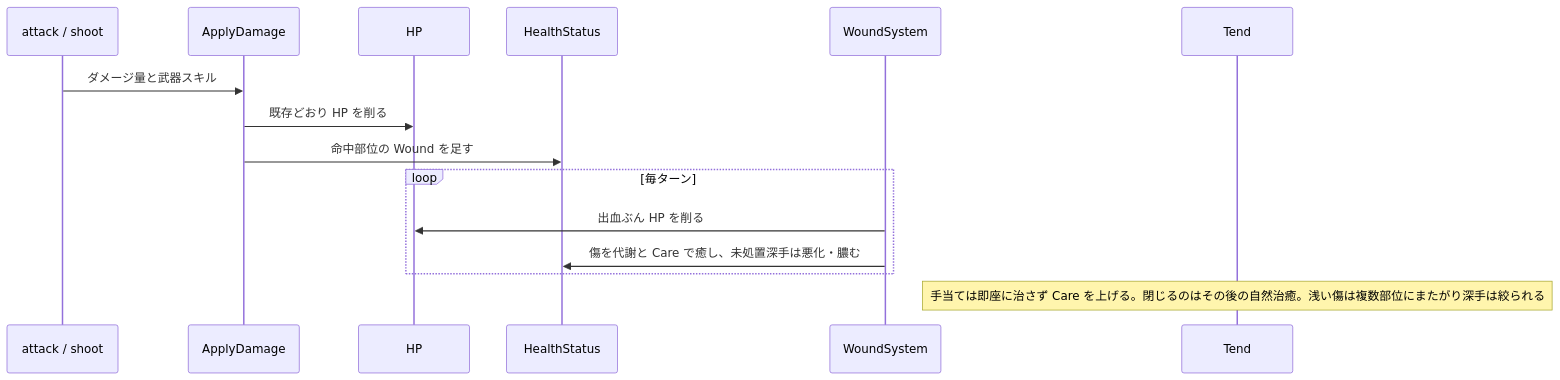
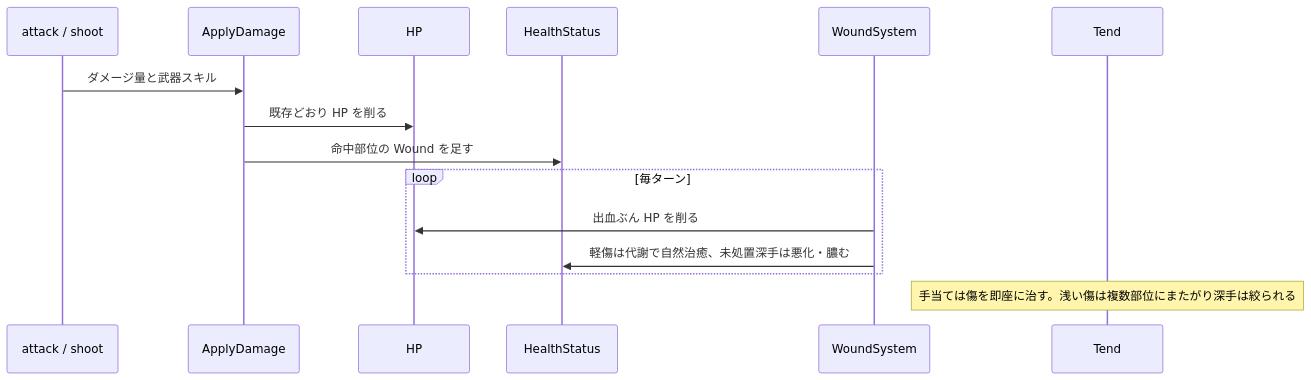
Before and after one commit to kijimad/ruins: the second of 2 diagrams in docs/design/260821232324.md, drawn with Mermaid. The commit also changed other lines of this file, not shown here.

````diff
--- a/docs/design/260821232324.md
+++ b/docs/design/260821232324.md
@@ -98,18 +97,18 @@
 ```mermaid
 sequenceDiagram
     participant AT as attack / shoot
     participant AD as ApplyDamage
     participant HP as HP
     participant HS as HealthStatus
     participant WS as WoundSystem
     participant TD as Tend
 
     AT->>AD: ダメージ量と武器スキル
     AD->>HP: 既存どおり HP を削る
     AD->>HS: 命中部位の Wound を足す
     loop 毎ターン
         WS->>HP: 出血ぶん HP を削る
-        WS->>HS: 傷を代謝と Care で癒し、未処置深手は悪化・膿む
+        WS->>HS: 軽傷は代謝で自然治癒、未処置深手は悪化・膿む
     end
-    Note over TD: 手当ては即座に治さず Care を上げる。閉じるのはその後の自然治癒。浅い傷は複数部位にまたがり深手は絞られる
+    Note over TD: 手当ては傷を即座に治す。浅い傷は複数部位にまたがり深手は絞られる
 ```
````
